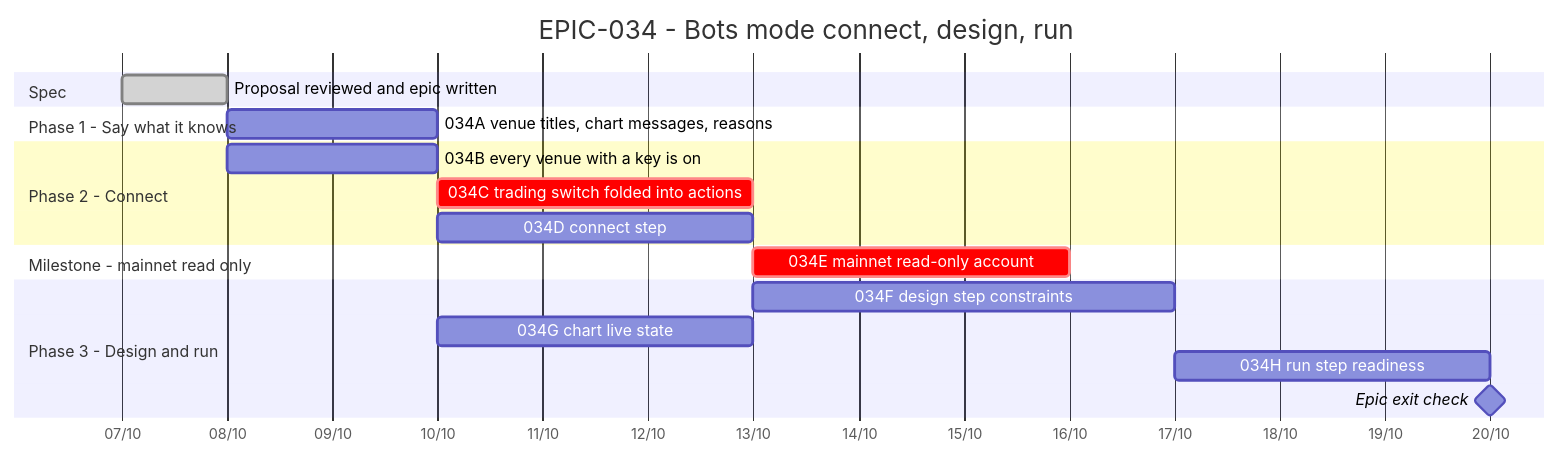
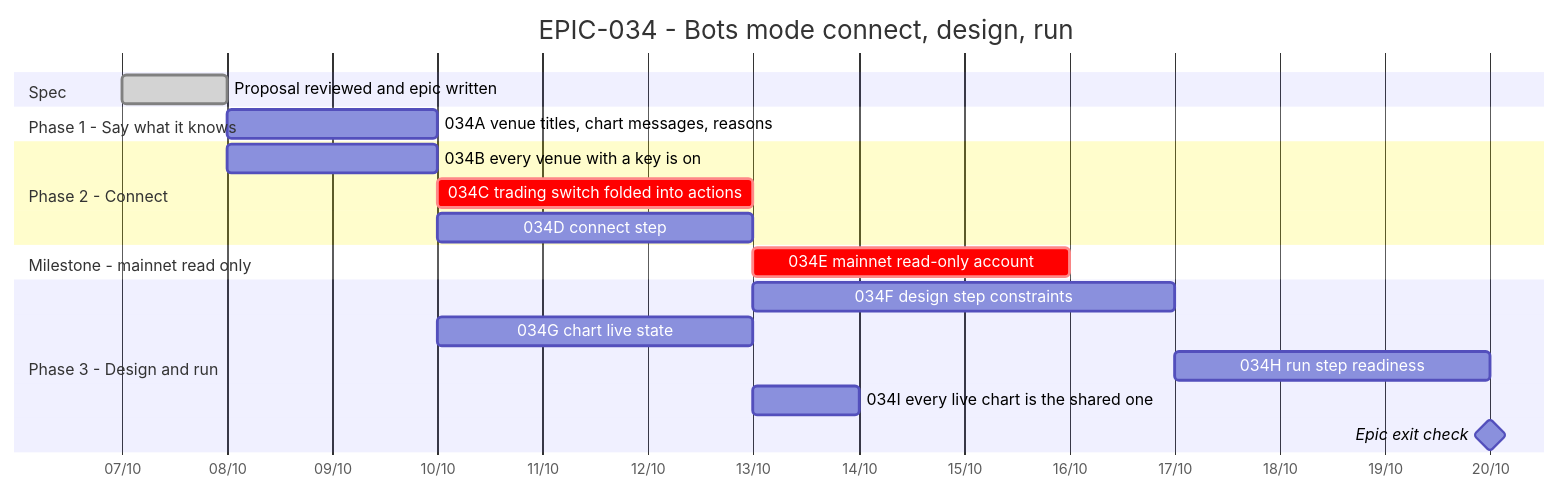
Before and after one commit to anhembedded/Sagittarius_Elite_Warrior: the diagram in Tasks/epics/EPIC-034_bots_connect_design_run/TRACKING.md, drawn with Mermaid. The commit also changed other lines of this file and 100 other files, not shown here.

First line of the commit message:
feat(epic-034): Design constraints, one readiness for the screen and Start, and the live-chart guard (#419)

````diff
--- a/Tasks/epics/EPIC-034_bots_connect_design_run/TRACKING.md
+++ b/Tasks/epics/EPIC-034_bots_connect_design_run/TRACKING.md
@@ -12,26 +12,27 @@
 ```mermaid
 gantt
     title EPIC-034 - Bots mode connect, design, run
     dateFormat  YYYY-MM-DD
     axisFormat  %d/%m
 
     section Spec
     Proposal reviewed and epic written    :done,    s1, 2026-10-07, 1d
 
     section Phase 1 - Say what it knows
     034A venue titles, chart messages, reasons :     a, after s1, 2d
 
     section Phase 2 - Connect
     034B every venue with a key is on      :         b, after s1, 2d
     034C trading switch folded into actions :crit,   c, after b, 3d
     034D connect step                      :         d, after a, 3d
 
     section Milestone - mainnet read only
     034E mainnet read-only account         :crit,    e, after d, 3d
 
     section Phase 3 - Design and run
     034F design step constraints           :         f, after d, 4d
     034G chart live state                  :         g, after a, 3d
     034H run step readiness                :         h, after f, 3d
+    034I every live chart is the shared one :        i, after g, 1d
     Epic exit check                        :milestone, m1, after h, 0d
 ```
````
